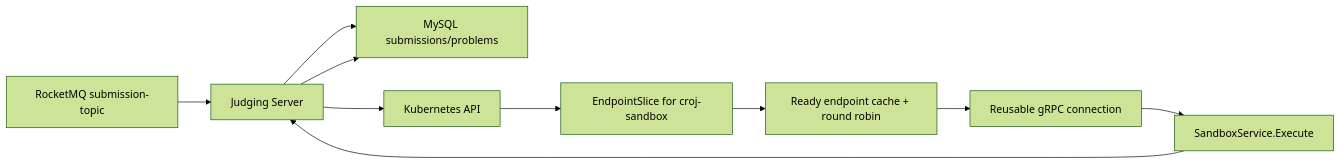
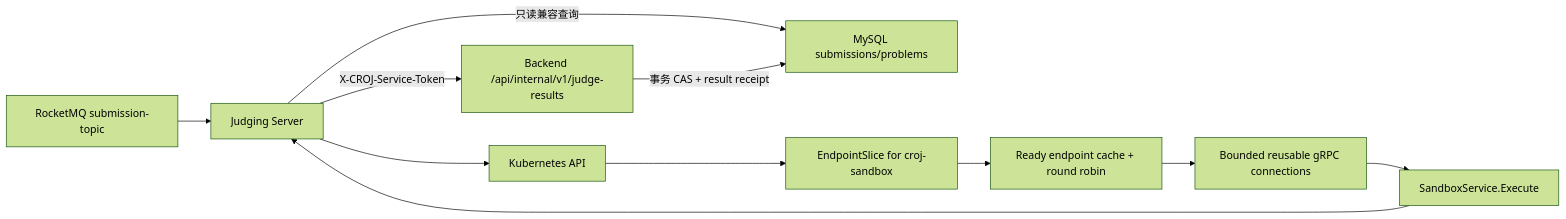
The diagram in README.md (CodeRushOJ/croj-judging-server), drawn with Mermaid (forest theme) before and after one commit. The commit also changed other lines of this file and 22 other files, not shown here.

Commit message:
feat(judge): publish idempotent result callbacks

````diff
--- a/README.md
+++ b/README.md
@@ -9,12 +9,13 @@
 ```mermaid
 flowchart LR
     MQ["RocketMQ submission-topic"] --> Judge["Judging Server"]
-    Judge --> DB["MySQL submissions/problems"]
+    Judge -->|"只读兼容查询"| DB["MySQL submissions/problems"]
     Judge --> API["Kubernetes API"]
     API --> ES["EndpointSlice for croj-sandbox"]
     ES --> Scheduler["Ready endpoint cache + round robin"]
-    Scheduler --> GRPC["Reusable gRPC connection"]
+    Scheduler --> GRPC["Bounded reusable gRPC connections"]
     GRPC --> Sandbox["SandboxService.Execute"]
     Sandbox --> Judge
-    Judge --> DB
+    Judge -->|"X-CROJ-Service-Token"| Backend["Backend /api/internal/v1/judge-results"]
+    Backend -->|"事务 CAS + result receipt"| DB
 ```
````
